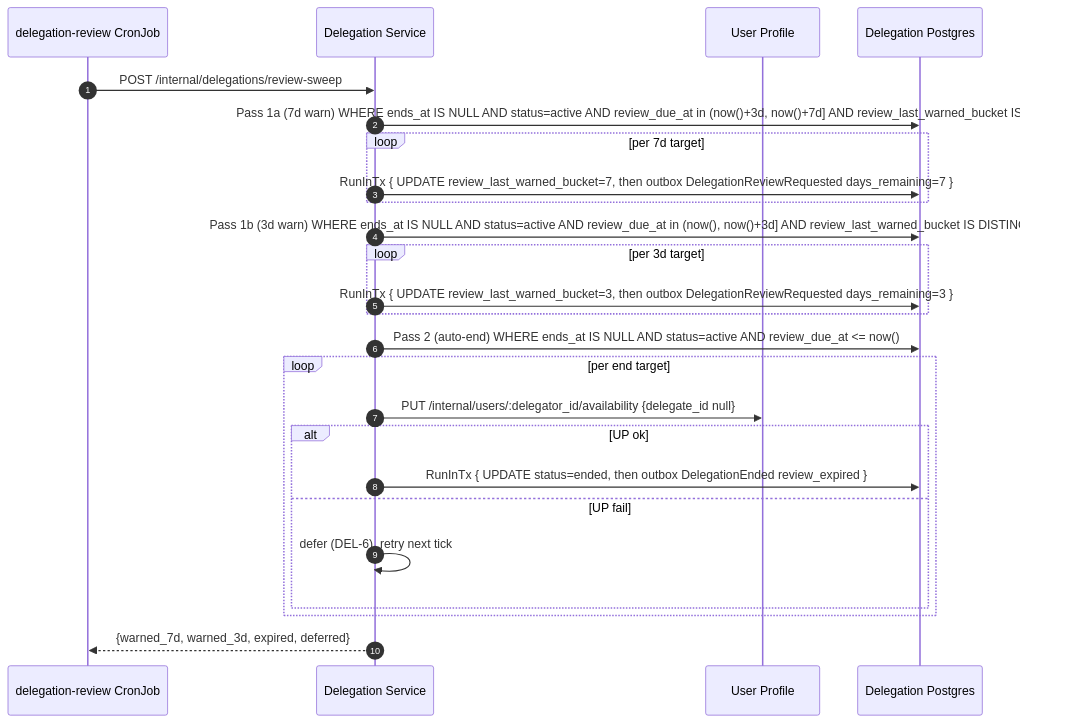
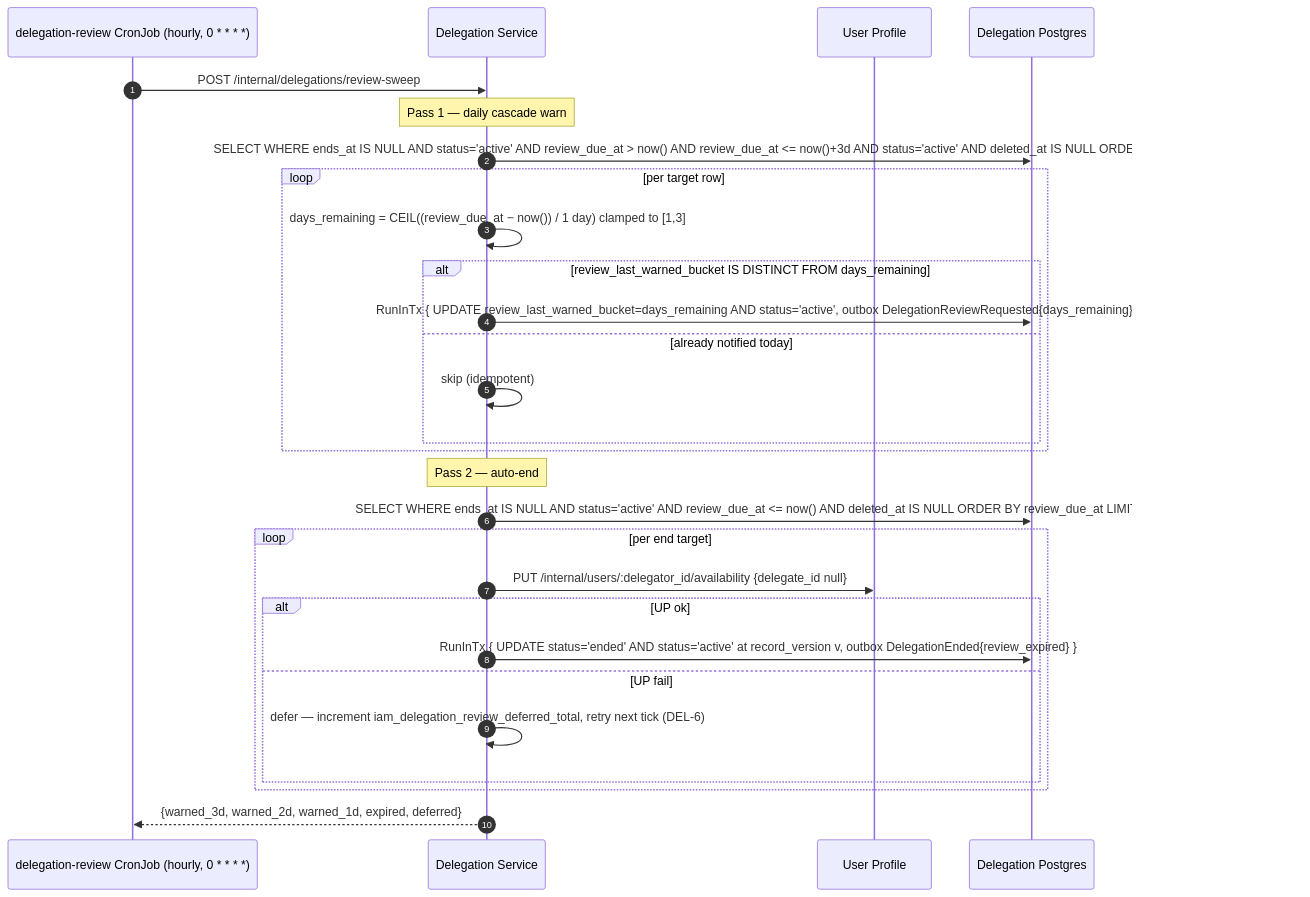
One commit to BCBP-SOLUTIONS-FZC-LLC/iam-delegation changed the sixth of 8 diagrams in docs/lld/iam-lld-delegation-service.md. Above: the diagram before and after it, drawn with Mermaid. The commit also changed other lines of this file and 28 other files, not shown here.

First line of the commit message:
feat: redesign review-sweep to daily cascade warn, fix delegation service correctness

````diff
--- a/docs/lld/iam-lld-delegation-service.md
+++ b/docs/lld/iam-lld-delegation-service.md
@@ -858,28 +910,31 @@
 ```mermaid
 sequenceDiagram
     autonumber
-    participant CR as delegation-review CronJob
+    participant CR as delegation-review CronJob (hourly, 0 * * * *)
     participant DLG as Delegation Service
     participant UP as User Profile
     participant PG as Delegation Postgres
 
     CR->>DLG: POST /internal/delegations/review-sweep
-    DLG->>PG: Pass 1a (7d warn) WHERE ends_at IS NULL AND status=active AND review_due_at in (now()+3d, now()+7d] AND review_last_warned_bucket IS NULL
-    loop per 7d target
-        DLG->>PG: RunInTx { UPDATE review_last_warned_bucket=7, then outbox DelegationReviewRequested days_remaining=7 }
+    Note over DLG: Pass 1 — daily cascade warn
+    DLG->>PG: SELECT WHERE ends_at IS NULL AND status='active' AND review_due_at > now() AND review_due_at <= now()+3d AND status='active' AND deleted_at IS NULL ORDER BY review_due_at LIMIT 100
+    loop per target row
+        DLG->>DLG: days_remaining = CEIL((review_due_at − now()) / 1 day) clamped to [1,3]
+        alt review_last_warned_bucket IS DISTINCT FROM days_remaining
+            DLG->>PG: RunInTx { UPDATE review_last_warned_bucket=days_remaining AND status='active', outbox DelegationReviewRequested{days_remaining} }
+        else already notified today
+            DLG->>DLG: skip (idempotent)
+        end
     end
-    DLG->>PG: Pass 1b (3d warn) WHERE ends_at IS NULL AND status=active AND review_due_at in (now(), now()+3d] AND review_last_warned_bucket IS DISTINCT FROM 3
-    loop per 3d target
-        DLG->>PG: RunInTx { UPDATE review_last_warned_bucket=3, then outbox DelegationReviewRequested days_remaining=3 }
-    end
-    DLG->>PG: Pass 2 (auto-end) WHERE ends_at IS NULL AND status=active AND review_due_at <= now()
+    Note over DLG: Pass 2 — auto-end
+    DLG->>PG: SELECT WHERE ends_at IS NULL AND status='active' AND review_due_at <= now() AND deleted_at IS NULL ORDER BY review_due_at LIMIT 100
     loop per end target
         DLG->>UP: PUT /internal/users/:delegator_id/availability {delegate_id null}
         alt UP ok
-            DLG->>PG: RunInTx { UPDATE status=ended, then outbox DelegationEnded review_expired }
+            DLG->>PG: RunInTx { UPDATE status='ended' AND status='active' at record_version v, outbox DelegationEnded{review_expired} }
         else UP fail
-            DLG->>DLG: defer (DEL-6), retry next tick
+            DLG->>DLG: defer — increment iam_delegation_review_deferred_total, retry next tick (DEL-6)
         end
     end
-    DLG-->>CR: {warned_7d, warned_3d, expired, deferred}
+    DLG-->>CR: {warned_3d, warned_2d, warned_1d, expired, deferred}
 ```
````
